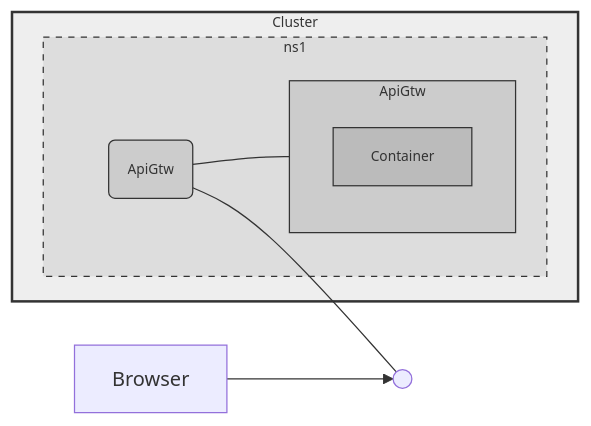
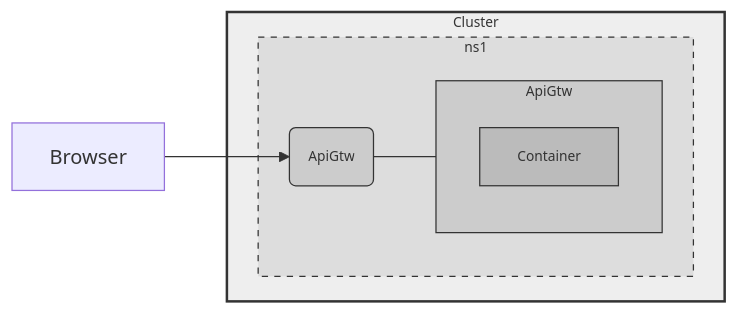
One commit to tonitienda/k8s-showcase changed the third of 5 diagrams in demo-script.md. Above: the diagram before and after it, drawn with Mermaid. The commit also changed other lines of this file, not shown here.

Commit message:
chore: simplify diagrams in demo script

````diff
--- a/demo-script.md
+++ b/demo-script.md
@@ -96,41 +96,37 @@
 ```mermaid
 flowchart LR
 
 Browser
-
-ApiGtwEndPoint((" "))
 
 subgraph Cluster
 
     subgraph NS1[ns1]
         subgraph ApiGtw
             Container1[Container]
         end
 
         ApiGtwSvc(ApiGtw)
     end
 end
 
 ApiGtwSvc --- ApiGtw
-ApiGtwSvc --- ApiGtwEndPoint
-Browser --> ApiGtwEndPoint
+Browser --> ApiGtwSvc
 
 
 classDef Physical fill:#eee,stroke:#333,stroke-width:2px,color:#333,font-size:11px;
 
 classDef Logical fill:#ddd,stroke:#333,stroke-width:1px,color:#333,font-size:11px,stroke-dasharray: 5, 5;
 
 classDef Pod fill:#ccc,stroke:#333,stroke-width:1px,color:#333,font-size:11px;
 
 classDef Container fill:#bbb,stroke:#333,stroke-width:1px,color:#333,font-size:11px;
 
 
-classDef Service fill:#ccc,stroke:#333,stroke-width:1px,color:#333,font-size:11px;
-
+classDef PublicService fill:#ccc,stroke:#333,stroke-width:1px,color:#333,font-size:11px;
 
 class Cluster Physical
 class NS1 Logical
 class ApiGtw Pod
 class Container1 Container
-class ApiGtwSvc Service
+class ApiGtwSvc PublicService
 ```
````
